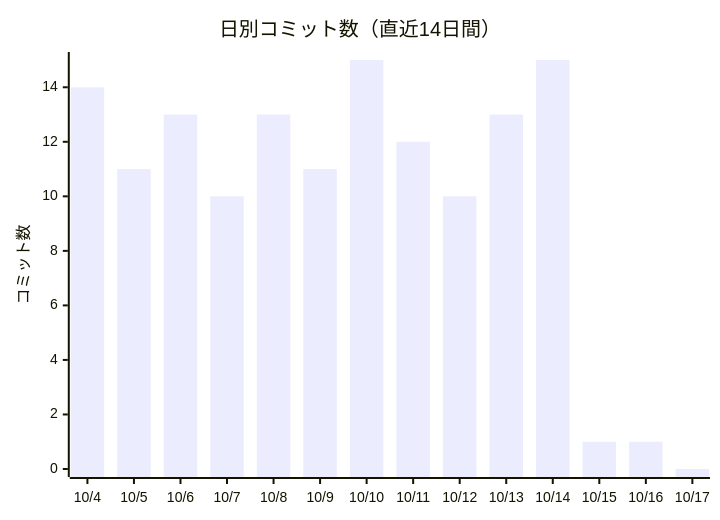
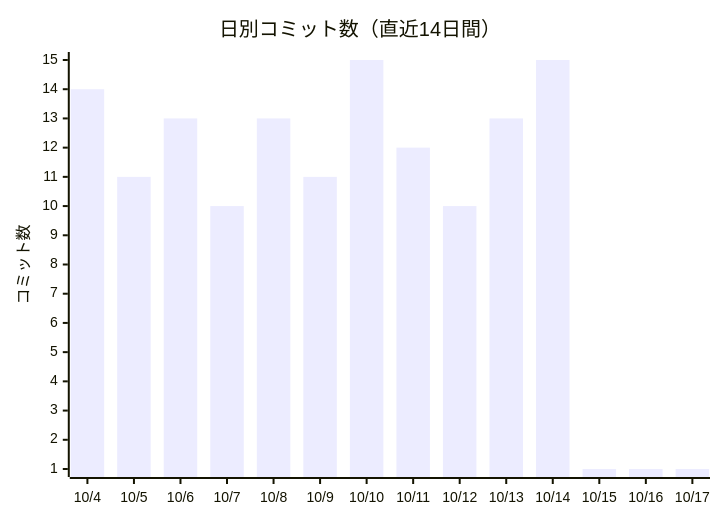
The first of 2 diagrams in docs/進化レポート.md (non-x2/non-x2), drawn with Mermaid before and after one commit. The commit also changed other lines of this file and 2 other files, not shown here.

````diff
--- a/docs/進化レポート.md
+++ b/docs/進化レポート.md
@@ -23,7 +23,7 @@
 ```mermaid
 xychart-beta
     title "日別コミット数（直近14日間）"
     x-axis ["10/4", "10/5", "10/6", "10/7", "10/8", "10/9", "10/10", "10/11", "10/12", "10/13", "10/14", "10/15", "10/16", "10/17"]
     y-axis "コミット数"
-    bar [14, 11, 13, 10, 13, 11, 15, 12, 10, 13, 15, 1, 1, 0]
+    bar [14, 11, 13, 10, 13, 11, 15, 12, 10, 13, 15, 1, 1, 1]
 ```
````
